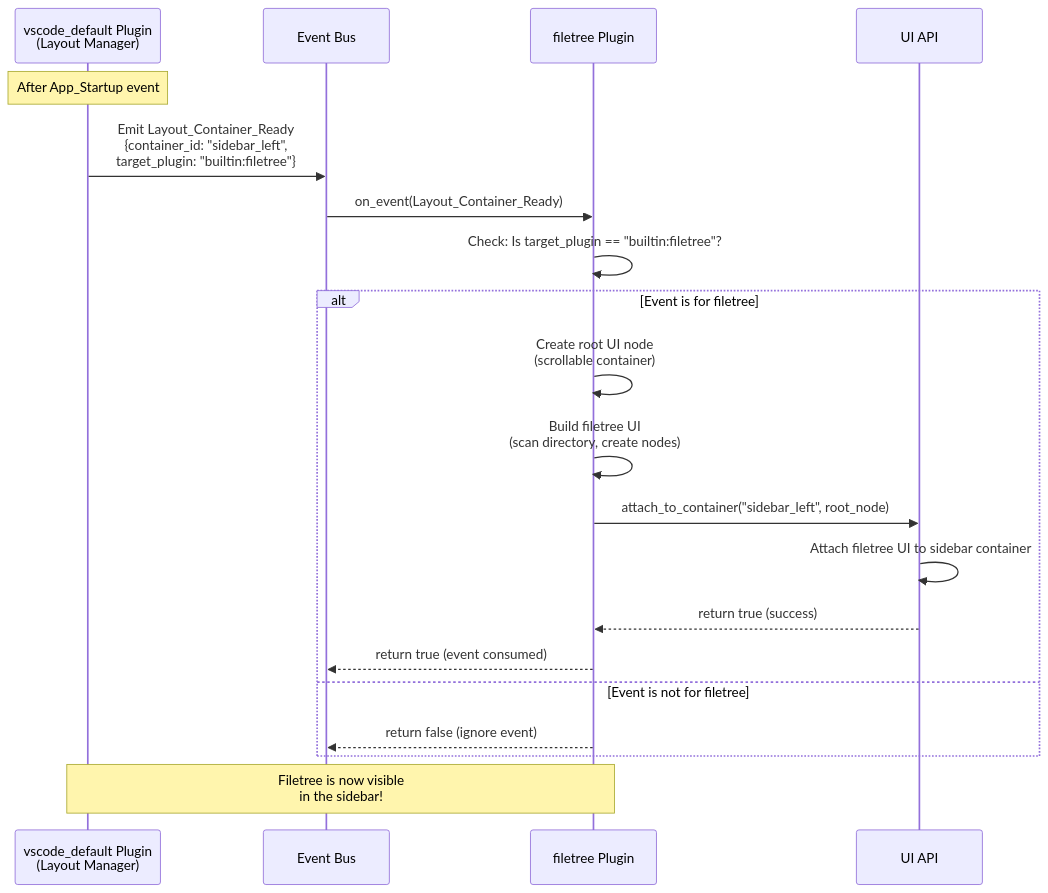
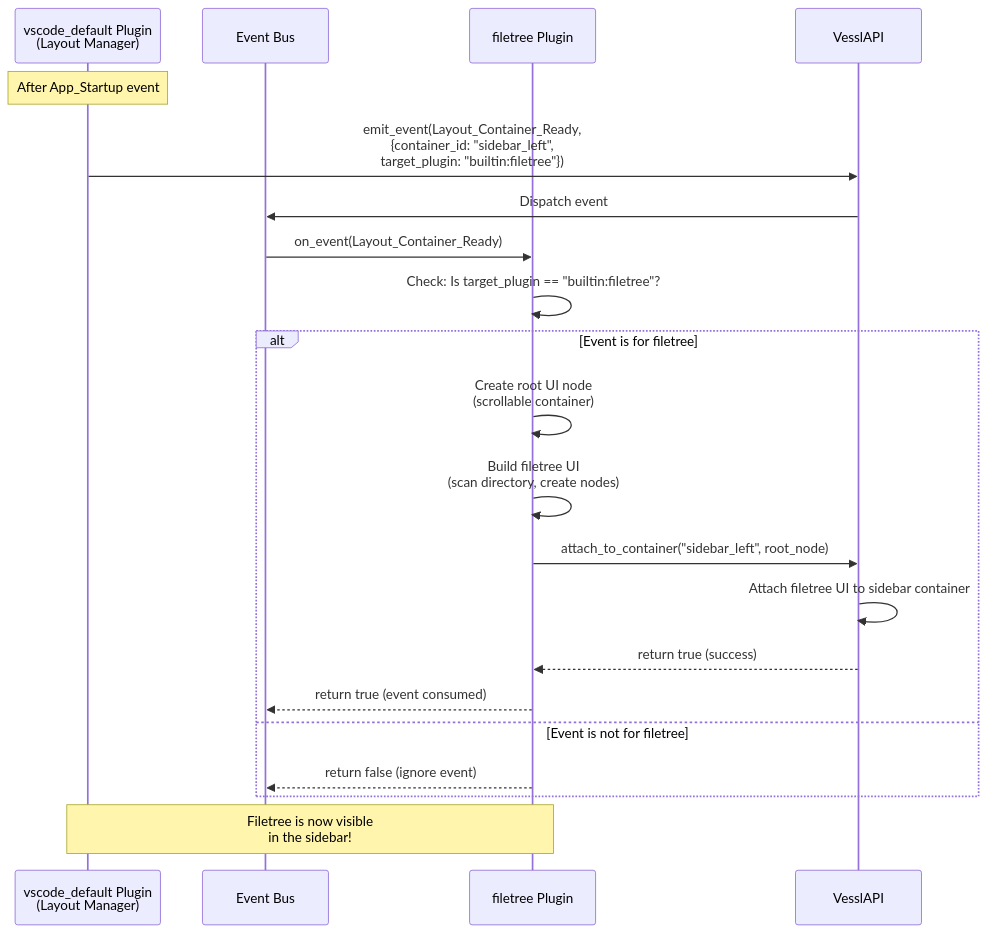
The second of 7 diagrams in PLUGIN_API.md (bloodmagesoftware/vessl), drawn with Mermaid before and after one commit. The commit also changed other lines of this file and 12 other files, not shown here.

````diff
--- a/PLUGIN_API.md
+++ b/PLUGIN_API.md
@@ -57,27 +90,28 @@
 ```mermaid
 sequenceDiagram
     participant VSCode as vscode_default Plugin<br/>(Layout Manager)
     participant EventBus as Event Bus
     participant Filetree as filetree Plugin
-    participant UI as UI API
+    participant API as VesslAPI
     
     Note over VSCode: After App_Startup event
     
-    VSCode->>EventBus: Emit Layout_Container_Ready<br/>{container_id: "sidebar_left",<br/>target_plugin: "builtin:filetree"}
+    VSCode->>API: emit_event(Layout_Container_Ready,<br/>{container_id: "sidebar_left",<br/>target_plugin: "builtin:filetree"})
+    API->>EventBus: Dispatch event
     
     EventBus->>Filetree: on_event(Layout_Container_Ready)
     
     Filetree->>Filetree: Check: Is target_plugin == "builtin:filetree"?
     alt Event is for filetree
         Filetree->>Filetree: Create root UI node<br/>(scrollable container)
         Filetree->>Filetree: Build filetree UI<br/>(scan directory, create nodes)
-        Filetree->>UI: attach_to_container("sidebar_left", root_node)
-        UI->>UI: Attach filetree UI to sidebar container
-        UI-->>Filetree: return true (success)
+        Filetree->>API: attach_to_container("sidebar_left", root_node)
+        API->>API: Attach filetree UI to sidebar container
+        API-->>Filetree: return true (success)
         Filetree-->>EventBus: return true (event consumed)
     else Event is not for filetree
         Filetree-->>EventBus: return false (ignore event)
     end
     
     Note over VSCode,Filetree: Filetree is now visible<br/>in the sidebar!
 ```
````
